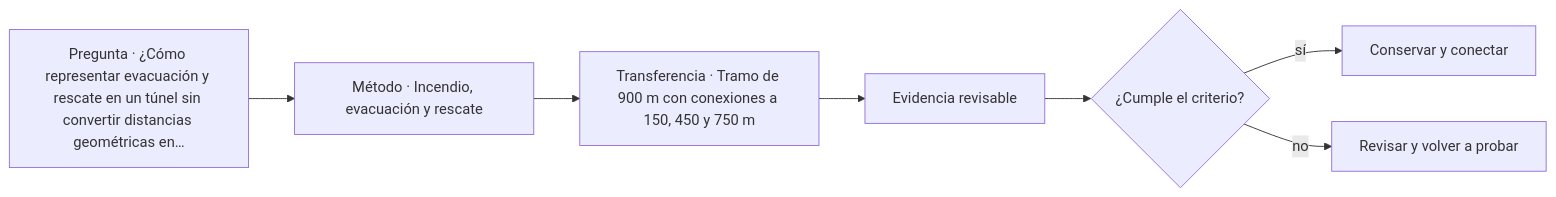
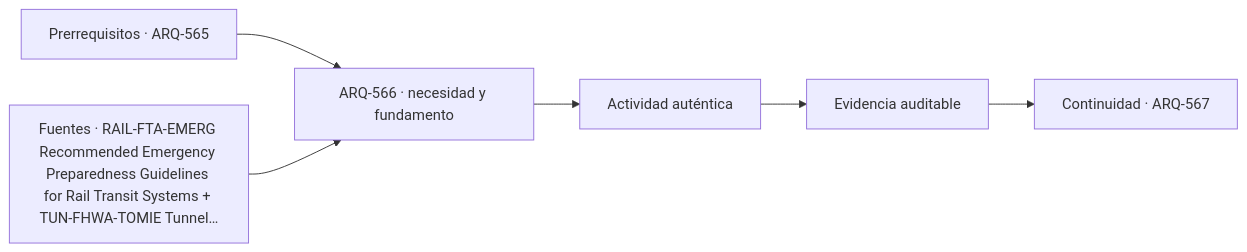
The diagram in classes/parte-57/ARQ-566.md (vladimiracunadev-create/architecture-built-environment-learning-program), drawn with Mermaid before and after one commit. The commit also changed other lines of this file and 761 other files, not shown here.

````diff
--- a/classes/parte-57/ARQ-566.md
+++ b/classes/parte-57/ARQ-566.md
@@ -105,9 +117,8 @@
 ```mermaid
 flowchart LR
-    Q["Pregunta · ¿Cómo representar evacuación y rescate en un túnel sin convertir distancias geométricas en…"] --> M["Método · Incendio, evacuación y rescate"]
-    M --> P["Transferencia · Tramo de 900 m con conexiones a 150, 450 y 750 m"]
-    P --> E["Evidencia revisable"]
-    E --> C{"¿Cumple el criterio?"}
-    C -->|sí| T["Conservar y conectar"]
-    C -->|no| R["Revisar y volver a probar"]
+    A["Prerrequisitos · ARQ-565"] --> B["ARQ-566 · necesidad y fundamento"]
+    S["Fuentes · RAIL-FTA-EMERG Recommended Emergency Preparedness Guidelines for Rail Transit Systems + TUN-FHWA-TOMIE Tunnel…"] --> B
+    B --> C["Actividad auténtica"]
+    C --> D["Evidencia auditable"]
+    D --> E["Continuidad · ARQ-567"]
 ```
````
